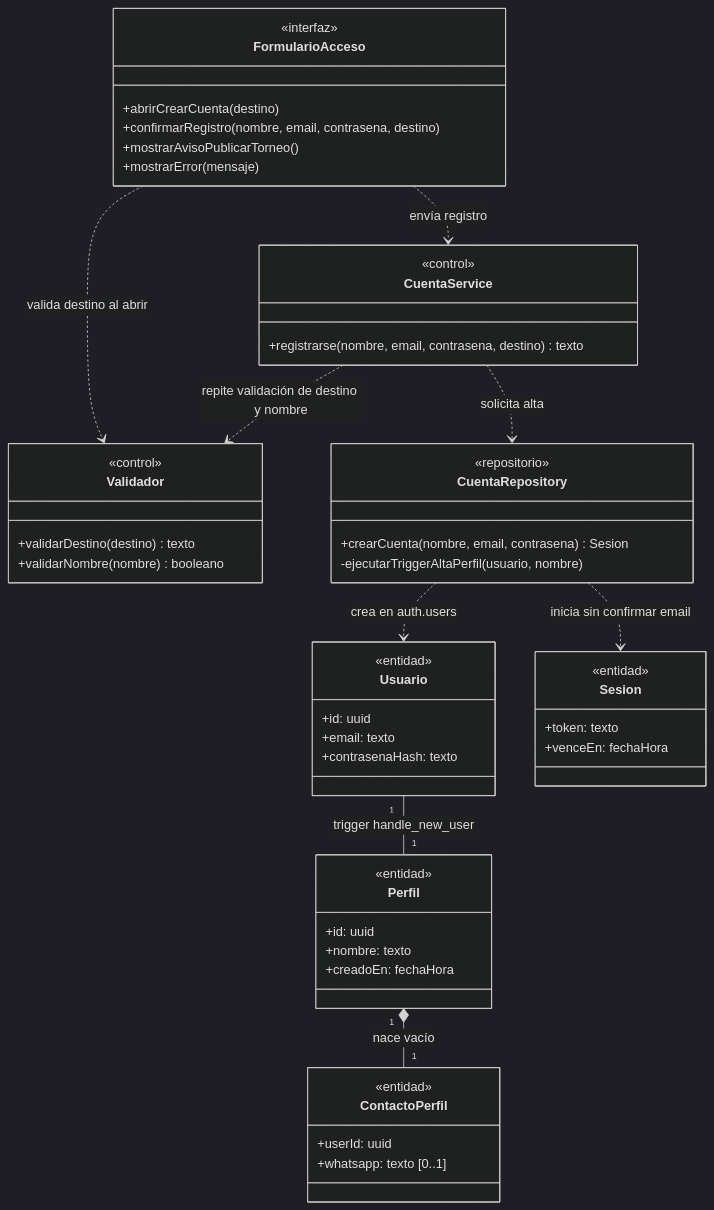
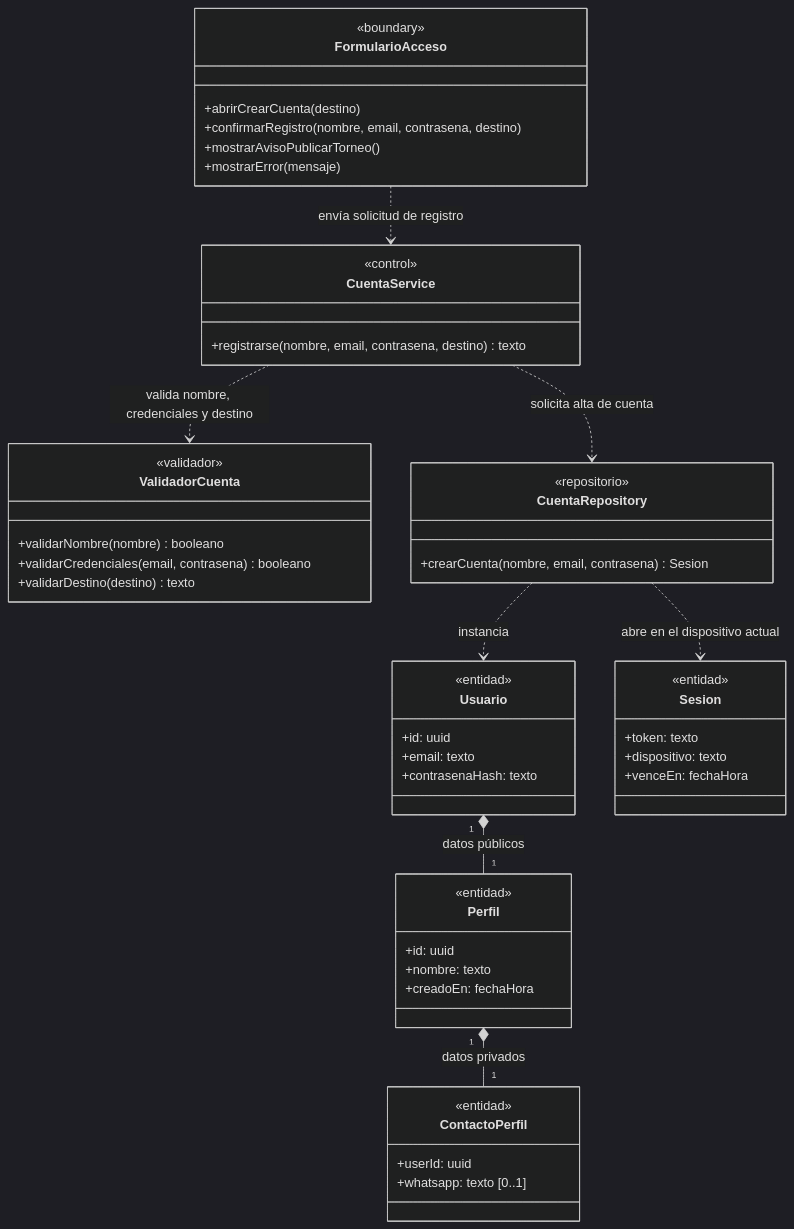
One commit to nicqletal/torneos-scraper changed the second of 7 diagrams in docs/diagramas-de-clase/cuenta-y-acceso.md. Above: the diagram before and after it, drawn with Mermaid (dark theme). The commit also changed other lines of this file and 12 other files, not shown here.

Commit message:
Correcion Diagramas de Clase

````diff
--- a/docs/diagramas-de-clase/cuenta-y-acceso.md
+++ b/docs/diagramas-de-clase/cuenta-y-acceso.md
@@ -138,55 +114,55 @@
 ```mermaid
 classDiagram
 direction TB
 class FormularioAcceso {
-  <<interfaz>>
+  <<boundary>>
   +abrirCrearCuenta(destino)
   +confirmarRegistro(nombre, email, contrasena, destino)
   +mostrarAvisoPublicarTorneo()
   +mostrarError(mensaje)
 }
 class CuentaService {
   <<control>>
   +registrarse(nombre, email, contrasena, destino) texto
 }
-class Validador {
-  <<control>>
+class ValidadorCuenta {
+  <<validador>>
+  +validarNombre(nombre) booleano
+  +validarCredenciales(email, contrasena) booleano
   +validarDestino(destino) texto
-  +validarNombre(nombre) booleano
 }
 class CuentaRepository {
   <<repositorio>>
   +crearCuenta(nombre, email, contrasena) Sesion
-  -ejecutarTriggerAltaPerfil(usuario, nombre)
 }
 class Usuario {
   <<entidad>>
   +id: uuid
   +email: texto
   +contrasenaHash: texto
 }
 class Perfil {
   <<entidad>>
   +id: uuid
   +nombre: texto
   +creadoEn: fechaHora
 }
 class ContactoPerfil {
   <<entidad>>
   +userId: uuid
   +whatsapp: texto [0..1]
 }
 class Sesion {
   <<entidad>>
   +token: texto
+  +dispositivo: texto
   +venceEn: fechaHora
 }
-FormularioAcceso ..> Validador : valida destino al abrir
-FormularioAcceso ..> CuentaService : envía registro
-CuentaService ..> Validador : repite validación de destino y nombre
-CuentaService ..> CuentaRepository : solicita alta
-CuentaRepository ..> Usuario : crea en auth.users
-CuentaRepository ..> Sesion : inicia sin confirmar email
-Usuario "1" -- "1" Perfil : trigger handle_new_user
-Perfil "1" *-- "1" ContactoPerfil : nace vacío
+FormularioAcceso ..> CuentaService : envía solicitud de registro
+CuentaService ..> ValidadorCuenta : valida nombre, credenciales y destino
+CuentaService ..> CuentaRepository : solicita alta de cuenta
+CuentaRepository ..> Usuario : instancia
+CuentaRepository ..> Sesion : abre en el dispositivo actual
+Usuario "1" *-- "1" Perfil : datos públicos
+Perfil "1" *-- "1" ContactoPerfil : datos privados
 ```
````
